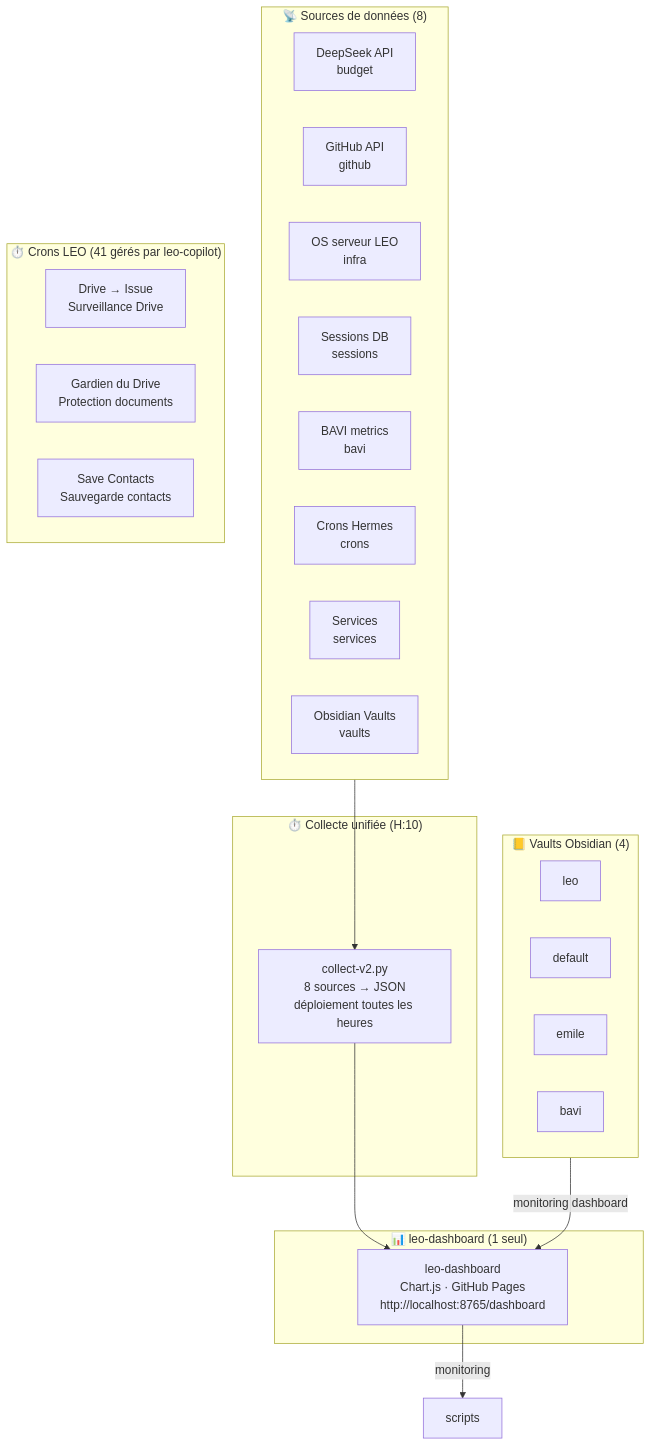
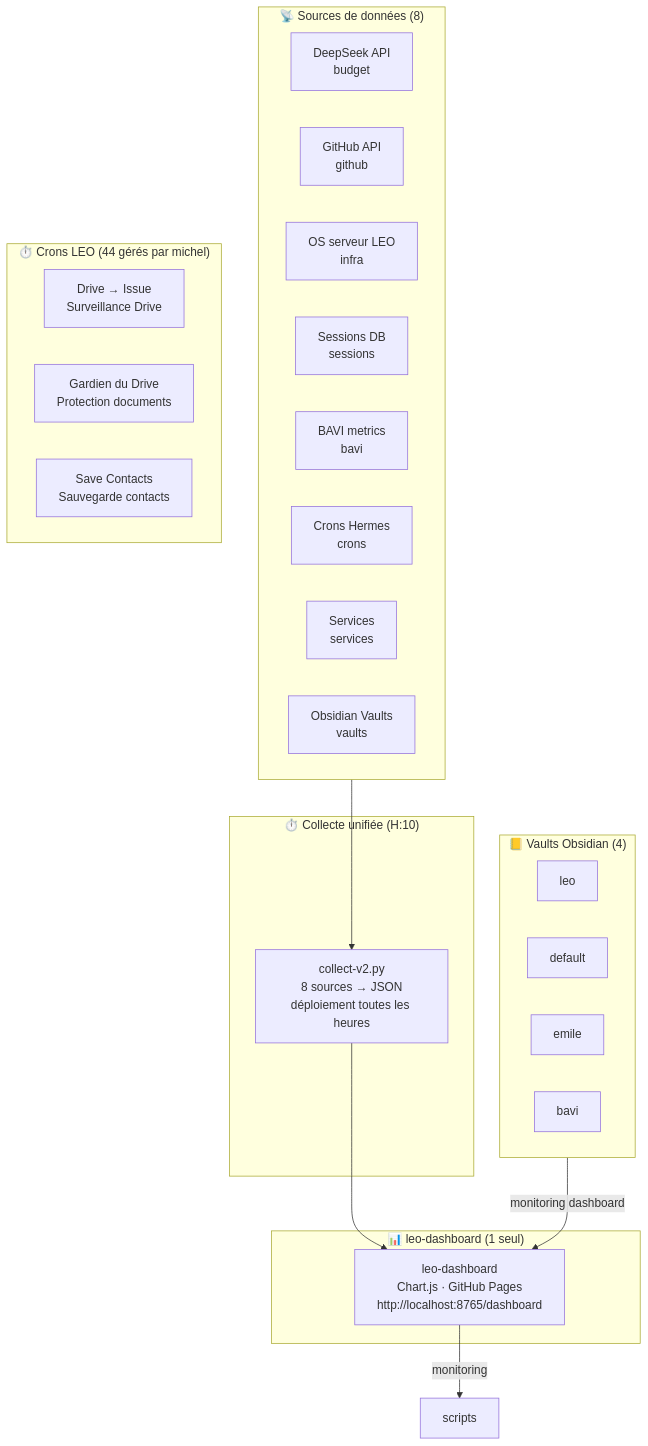
The diagram in docs/hermes/utilisation/architecture-leo.md (christophedanhier-hash/hermes-wiki), drawn with Mermaid before and after one commit. The commit also changed other lines of this file and 12 other files, not shown here.

````diff
--- a/docs/hermes/utilisation/architecture-leo.md
+++ b/docs/hermes/utilisation/architecture-leo.md
@@ -11,39 +11,39 @@
 ```mermaid
 flowchart TB
     subgraph Sources["📡 Sources de données (8)"]
         DS["DeepSeek API<br/>budget"]
         GH_API["GitHub API<br/>github"]
         OS["OS serveur LEO<br/>infra"]
         SESS["Sessions DB<br/>sessions"]
         BAVI_M["BAVI metrics<br/>bavi"]
         CRONS_M["Crons Hermes<br/>crons"]
         SVCS["Services<br/>services"]
         VAULTS["Obsidian Vaults<br/>vaults"]
     end
 
     subgraph Collecte["⏱️ Collecte unifiée (H:10)"]
         COLLECT["collect-v2.py<br/>8 sources → JSON<br/>déploiement toutes les heures"]
     end
 
     subgraph Dashboard["📊 leo-dashboard (1 seul)"]
         DASH["leo-dashboard<br/>Chart.js · GitHub Pages<br/>http://localhost:8765/dashboard"]
     end
 
-    subgraph crons["⏱️ Crons LEO (41 gérés par leo-copilot)"]
+    subgraph crons["⏱️ Crons LEO (44 gérés par michel)"]
         DRIVE_ISSUE["Drive → Issue<br/>Surveillance Drive"]
         GARDIEN["Gardien du Drive<br/>Protection documents"]
         SAVE_CONTACTS["Save Contacts<br/>Sauvegarde contacts"]
     end
 
     subgraph Vaults["📒 Vaults Obsidian (4)"]
         LEO_VAULT["leo"]
         DEFAULT_VAULT["default"]
         EMILE_VAULT["emile"]
         BAVI_VAULT["bavi"]
     end
 
     Sources --> COLLECT
     COLLECT --> DASH
     DASH -->|monitoring| scripts
     Vaults -->|monitoring dashboard| DASH
 ```
````
